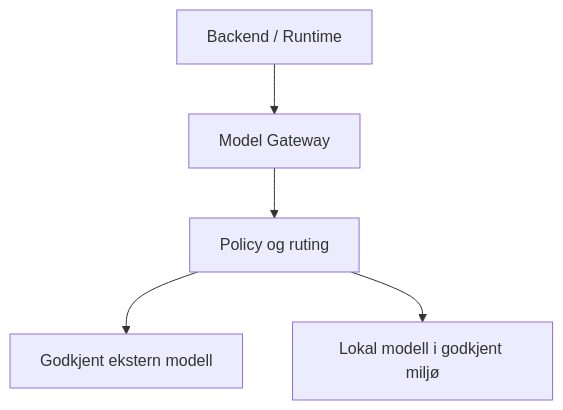
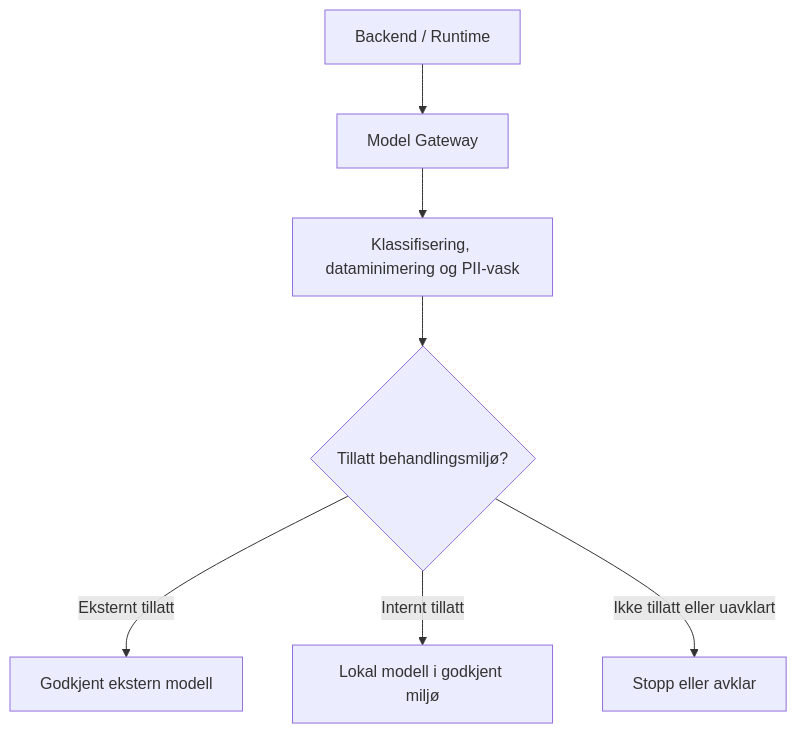
Before and after one commit to IvarRosenbergHVL/hvl-ki-documentation: the diagram in docs/utviklere/modeller.mdx, drawn with Mermaid. The commit also changed other lines of this file, not shown here.

Commit message:
Forankre innebygd personvern i kurs og forside

````diff
--- a/docs/utviklere/modeller.mdx
+++ b/docs/utviklere/modeller.mdx
@@ -8,7 +8,9 @@
 ```mermaid
 flowchart TD
  R[Backend / Runtime] --> G[Model Gateway]
- G --> P[Policy og ruting]
- P --> E[Godkjent ekstern modell]
- P --> L[Lokal modell i godkjent miljø]
+ G --> P[Klassifisering, dataminimering og PII-vask]
+ P --> D{Tillatt behandlingsmiljø?}
+ D -->|Eksternt tillatt| E[Godkjent ekstern modell]
+ D -->|Internt tillatt| L[Lokal modell i godkjent miljø]
+ D -->|Ikke tillatt eller uavklart| X[Stopp eller avklar]
 ```
````
